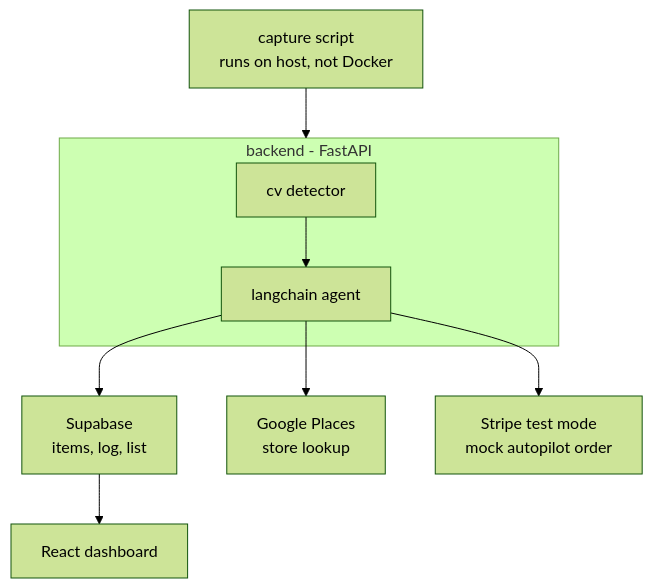
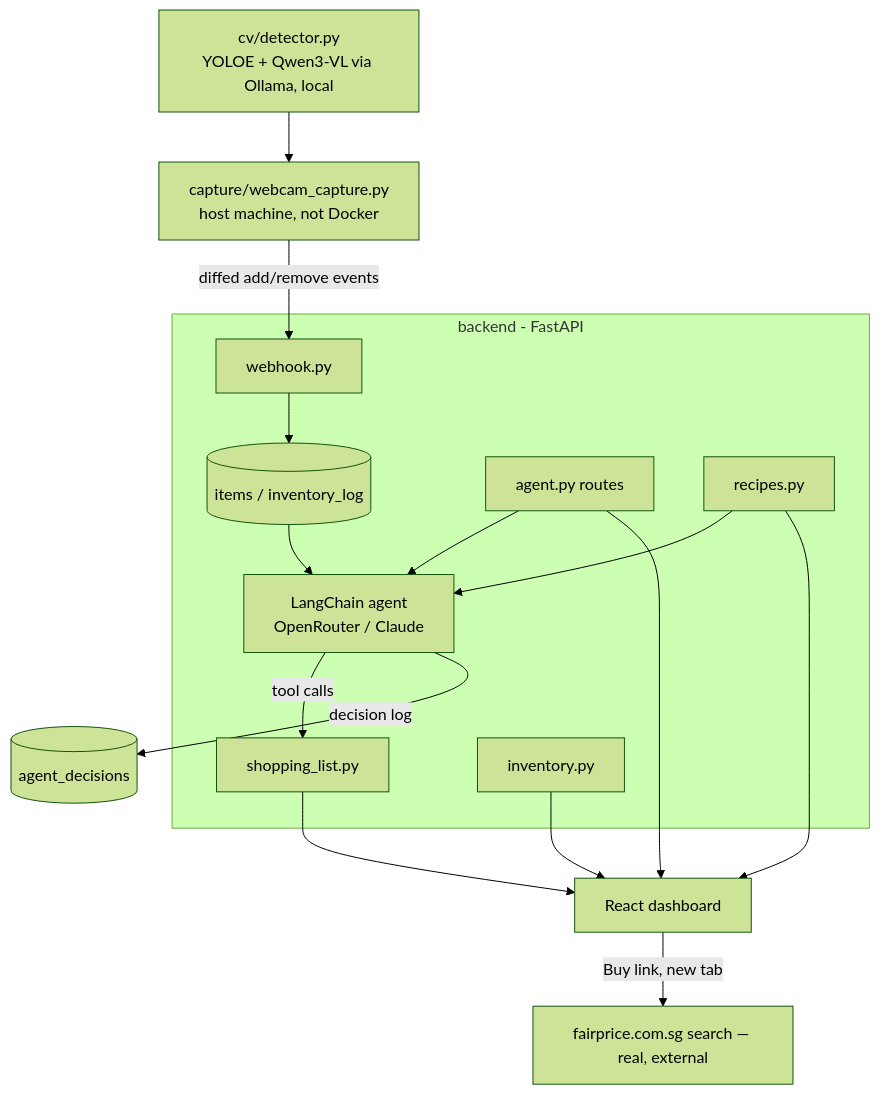
Before and after one commit to geoffreypagdilao/git-push-.env: the diagram in README.md, drawn with Mermaid (forest theme). The commit also changed other lines of this file and 6 other files, not shown here.

First line of the commit message:
feat: update environment configuration, enhance shopping list functionality, and improve UI components

````diff
--- a/README.md
+++ b/README.md
@@ -24,11 +62,23 @@
 ```mermaid
 flowchart TD
-    A[capture script<br/>runs on host, not Docker] --> B[backend - FastAPI]
-    subgraph B [backend - FastAPI]
-        C[cv detector] --> D[langchain agent]
+    A[capture/webcam_capture.py<br/>host machine, not Docker] -->|diffed add/remove events| W
+
+    subgraph Backend [backend - FastAPI]
+        W[webhook.py] --> ITEMS[(items / inventory_log)]
+        AG[agent.py routes] --> AGENT[LangChain agent<br/>OpenRouter / Claude]
+        REC[recipes.py] --> AGENT
+        SL[shopping_list.py]
+        INV[inventory.py]
     end
-    D --> E[Supabase<br/>items, log, list]
-    D --> F[Google Places<br/>store lookup]
-    D --> G[Stripe test mode<br/>mock autopilot order]
-    E --> H[React dashboard]
+
+    CV[cv/detector.py<br/>YOLOE + Qwen3-VL via Ollama, local] --> A
+    AGENT -->|tool calls| SL
+    AGENT -->|decision log| DECISIONS[(agent_decisions)]
+    ITEMS --> AGENT
+
+    SL --> FE
+    INV --> FE
+    REC --> FE
+    AG --> FE[React dashboard]
+    FE -->|Buy link, new tab| FP[fairprice.com.sg search — real, external]
 ```
````
